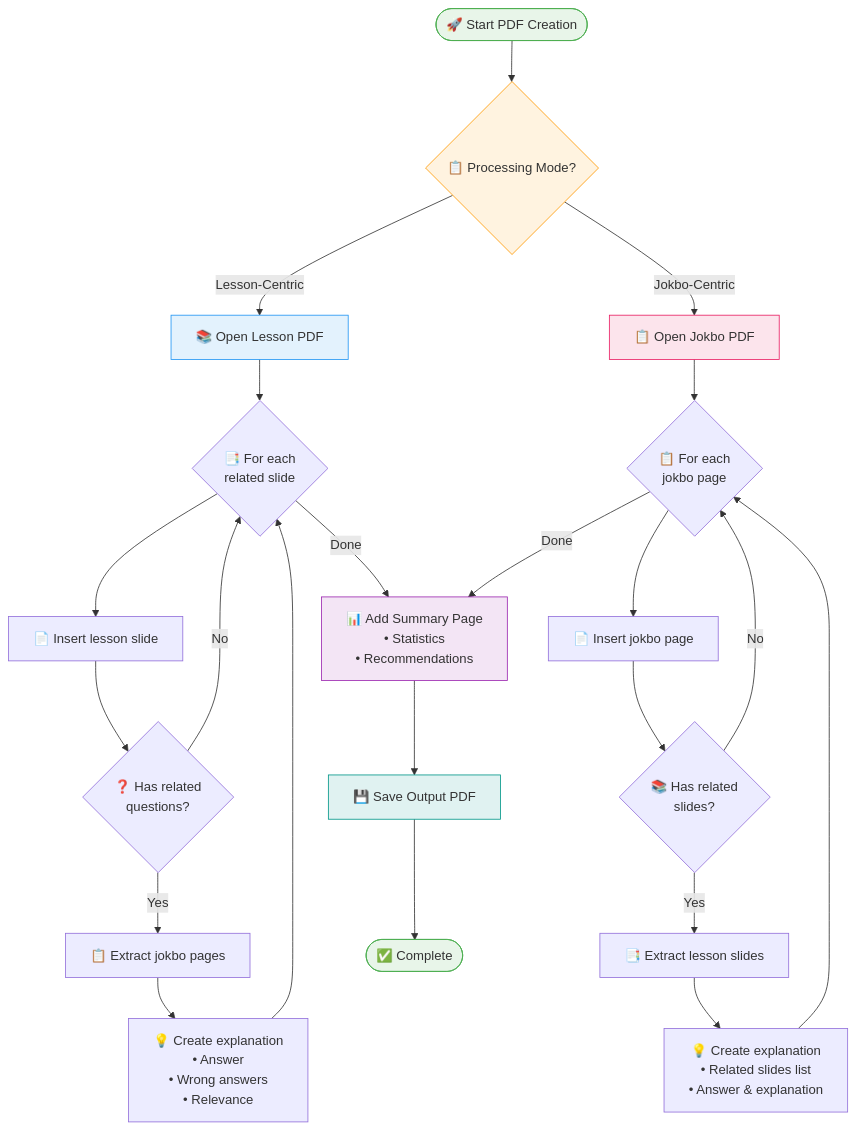
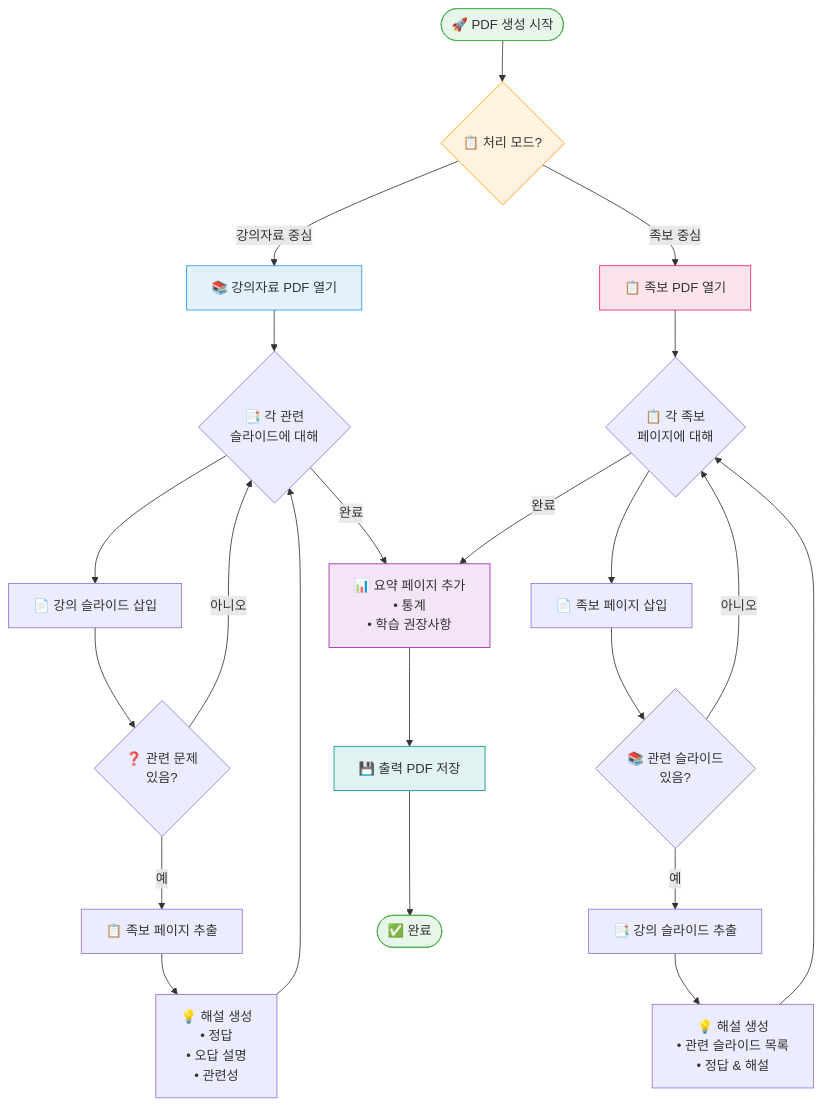
Before and after one commit to ksw6895/jokbodude: the fourth of 4 diagrams in architecture.md, drawn with Mermaid. The commit also changed other lines of this file and 1 other file, not shown here.

````diff
--- a/architecture.md
+++ b/architecture.md
@@ -164,39 +164,39 @@
 ```mermaid
 flowchart TD
-    Start(["🚀 Start PDF Creation"]) --> Mode{"📋 Processing Mode?"}
+    Start(["🚀 PDF 생성 시작"]) --> Mode{"📋 처리 모드?"}
     
-    Mode -->|"Lesson-Centric"| LC["📚 Open Lesson PDF"]
-    Mode -->|"Jokbo-Centric"| JC["📋 Open Jokbo PDF"]
+    Mode -->|"강의자료 중심"| LC["📚 강의자료 PDF 열기"]
+    Mode -->|"족보 중심"| JC["📋 족보 PDF 열기"]
     
-    %% Lesson-Centric Flow
-    LC --> LC1{"📑 For each<br/>related slide"}
-    LC1 --> LC2["📄 Insert lesson slide"]
-    LC2 --> LC3{"❓ Has related<br/>questions?"}
-    LC3 -->|"Yes"| LC4["📋 Extract jokbo pages"]
-    LC3 -->|"No"| LC1
-    LC4 --> LC5["💡 Create explanation<br/>• Answer<br/>• Wrong answers<br/>• Relevance"]
+    %% 강의자료 중심 흐름
+    LC --> LC1{"📑 각 관련<br/>슬라이드에 대해"}
+    LC1 --> LC2["📄 강의 슬라이드 삽입"]
+    LC2 --> LC3{"❓ 관련 문제<br/>있음?"}
+    LC3 -->|"예"| LC4["📋 족보 페이지 추출"]
+    LC3 -->|"아니오"| LC1
+    LC4 --> LC5["💡 해설 생성<br/>• 정답<br/>• 오답 설명<br/>• 관련성"]
     LC5 --> LC1
     
-    %% Jokbo-Centric Flow
-    JC --> JC1{"📋 For each<br/>jokbo page"}
-    JC1 --> JC2["📄 Insert jokbo page"]
-    JC2 --> JC3{"📚 Has related<br/>slides?"}
-    JC3 -->|"Yes"| JC4["📑 Extract lesson slides"]
-    JC3 -->|"No"| JC1
-    JC4 --> JC5["💡 Create explanation<br/>• Related slides list<br/>• Answer & explanation"]
+    %% 족보 중심 흐름
+    JC --> JC1{"📋 각 족보<br/>페이지에 대해"}
+    JC1 --> JC2["📄 족보 페이지 삽입"]
+    JC2 --> JC3{"📚 관련 슬라이드<br/>있음?"}
+    JC3 -->|"예"| JC4["📑 강의 슬라이드 추출"]
+    JC3 -->|"아니오"| JC1
+    JC4 --> JC5["💡 해설 생성<br/>• 관련 슬라이드 목록<br/>• 정답 & 해설"]
     JC5 --> JC1
     
-    %% Common End
-    LC1 -->|"Done"| Summary["📊 Add Summary Page<br/>• Statistics<br/>• Recommendations"]
-    JC1 -->|"Done"| Summary
-    Summary --> Save["💾 Save Output PDF"]
-    Save --> End(["✅ Complete"])
+    %% 공통 끝
+    LC1 -->|"완료"| Summary["📊 요약 페이지 추가<br/>• 통계<br/>• 학습 권장사항"]
+    JC1 -->|"완료"| Summary
+    Summary --> Save["💾 출력 PDF 저장"]
+    Save --> End(["✅ 완료"])
     
     style Start fill:#e8f5e9,stroke:#4caf50
     style End fill:#e8f5e9,stroke:#4caf50
     style Mode fill:#fff3e0,stroke:#ff9800
     style LC fill:#e3f2fd,stroke:#2196f3
     style JC fill:#fce4ec,stroke:#e91e63
     style Summary fill:#f3e5f5,stroke:#9c27b0
     style Save fill:#e0f2f1,stroke:#009688
 ```
````
